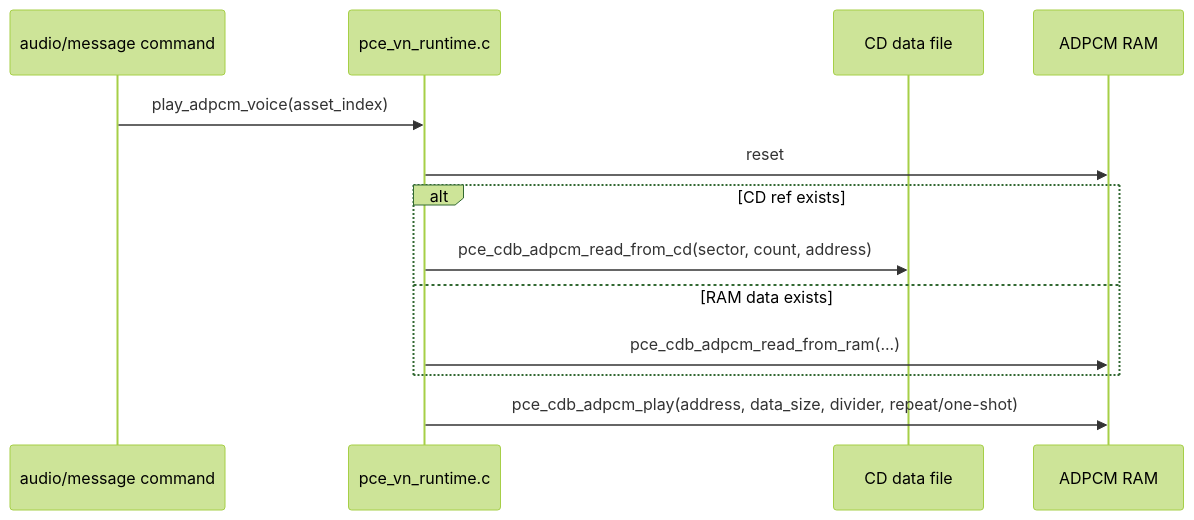
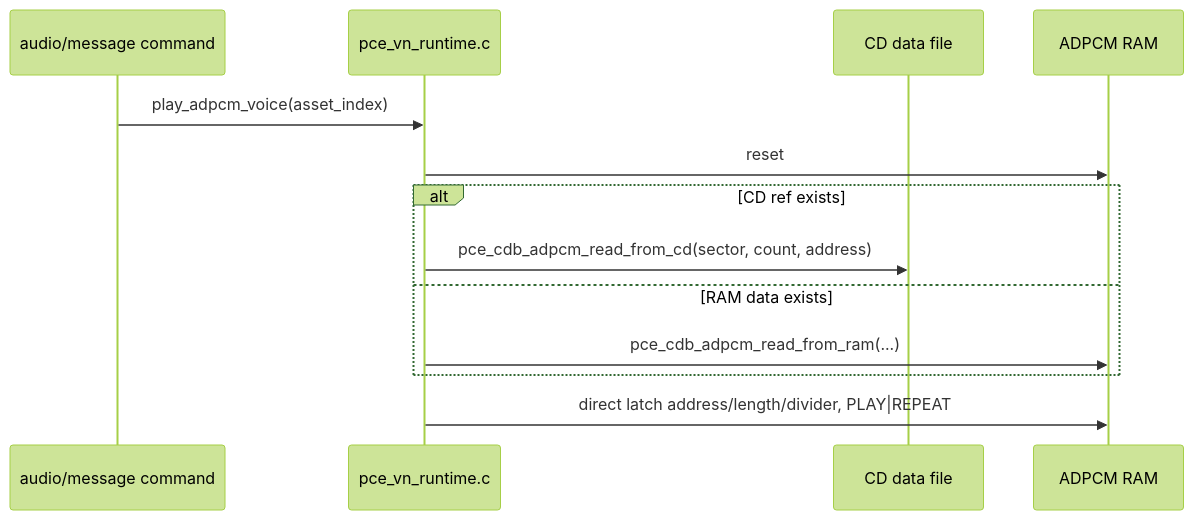
One commit to HOSSIE-JP/pce-game-editor changed the fifth of 6 diagrams in docs/pce-media-programming-guide.md. Above: the diagram before and after it, drawn with Mermaid (forest theme). The commit also changed other lines of this file and 10 other files, not shown here.

````diff
--- a/docs/pce-media-programming-guide.md
+++ b/docs/pce-media-programming-guide.md
@@ -708,15 +710,15 @@
 ```mermaid
 sequenceDiagram
   participant Scene as audio/message command
   participant RT as pce_vn_runtime.c
   participant CD as CD data file
   participant AD as ADPCM RAM
   Scene->>RT: play_adpcm_voice(asset_index)
   RT->>AD: reset
   alt CD ref exists
     RT->>CD: pce_cdb_adpcm_read_from_cd(sector, count, address)
   else RAM data exists
     RT->>AD: pce_cdb_adpcm_read_from_ram(...)
   end
-  RT->>AD: pce_cdb_adpcm_play(address, data_size, divider, repeat/one-shot)
+  RT->>AD: direct latch address/length/divider, PLAY|REPEAT
 ```
````
